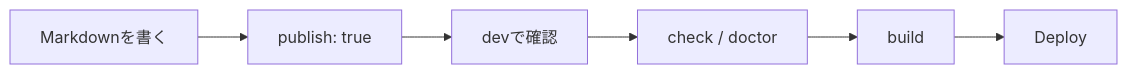
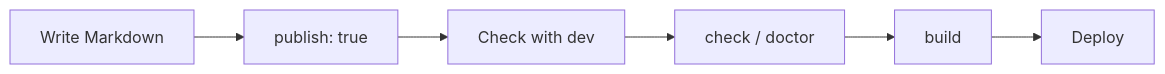
One commit to Rerurate514/riebeckite changed the second of 2 diagrams in docs/docs/guides/writing-content.md. Above: the diagram before and after it, drawn with Mermaid. The commit also changed other lines of this file and 604 other files, not shown here.

````diff
--- a/docs/docs/guides/writing-content.md
+++ b/docs/docs/guides/writing-content.md
@@ -481,15 +421,15 @@
 ```mermaid
 flowchart LR
-    Write["Markdownを書く"]
+    Write["Write Markdown"]
     Publish["publish: true"]
-    Dev["devで確認"]
+    Dev["Check with dev"]
     Check["check / doctor"]
     Build["build"]
     Deploy["Deploy"]
 
     Write --> Publish
     Publish --> Dev
     Dev --> Check
     Check --> Build
     Build --> Deploy
 ```
````
